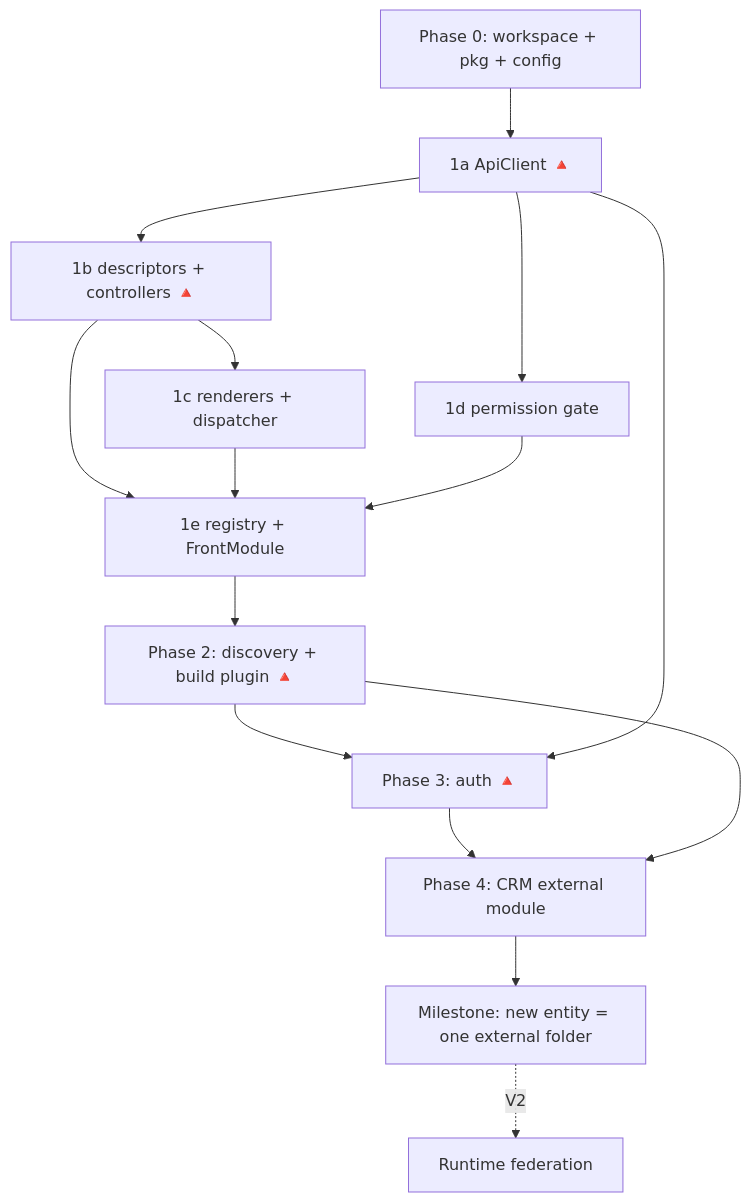
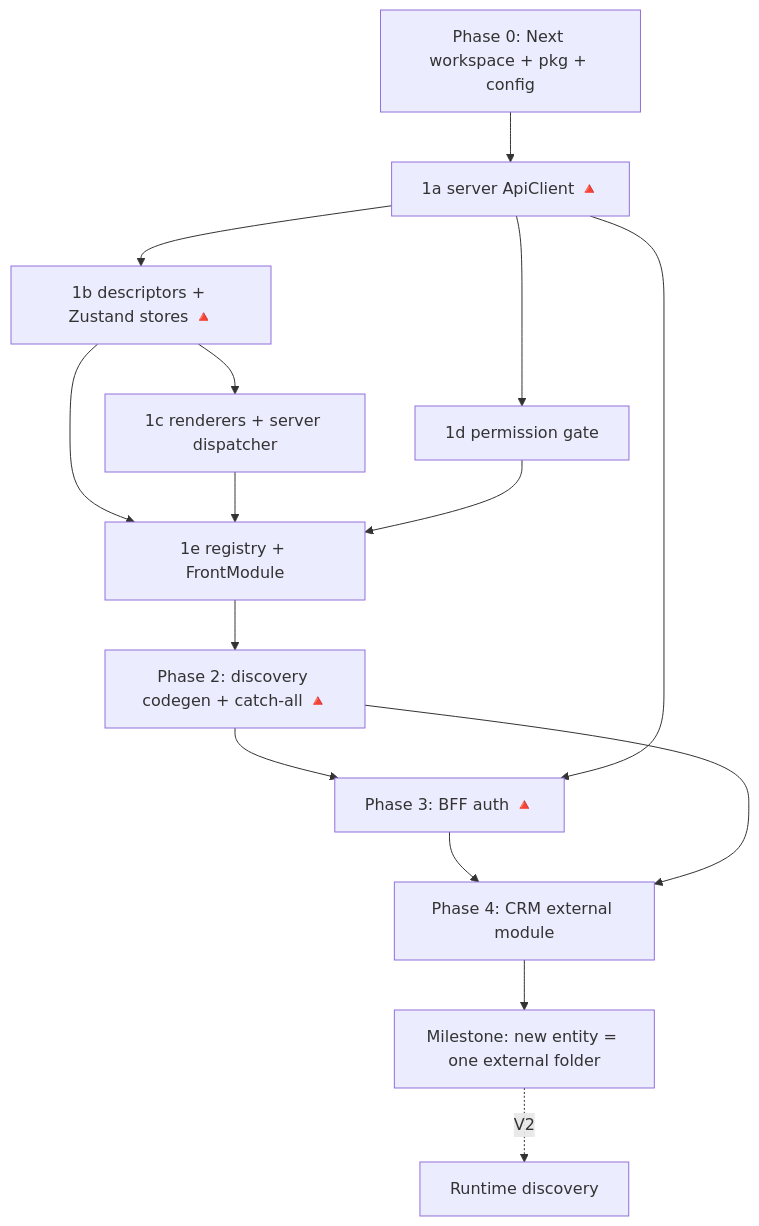
Before and after one commit to noiia/EERP: the second of 2 diagrams in core-front/CLAUDE.md, drawn with Mermaid. The commit also changed other lines of this file and 30 other files, not shown here.

Commit message:
imp(front) : updating libs, fixing docker image, adding next server

````diff
--- a/core-front/CLAUDE.md
+++ b/core-front/CLAUDE.md
@@ -361,17 +384,17 @@
 ```mermaid
 flowchart TD
-    P0[Phase 0: workspace + pkg + config] --> A[1a ApiClient 🔺]
-    A --> B[1b descriptors + controllers 🔺]
-    B --> C[1c renderers + dispatcher]
+    P0[Phase 0: Next workspace + pkg + config] --> A[1a server ApiClient 🔺]
+    A --> B[1b descriptors + Zustand stores 🔺]
+    B --> C[1c renderers + server dispatcher]
     A --> D[1d permission gate]
     B --> E[1e registry + FrontModule]
     C --> E
     D --> E
-    E --> PIPE[Phase 2: discovery + build plugin 🔺]
-    PIPE --> AUTH[Phase 3: auth 🔺]
+    E --> PIPE[Phase 2: discovery codegen + catch-all 🔺]
+    PIPE --> AUTH[Phase 3: BFF auth 🔺]
     A --> AUTH
     AUTH --> CRM[Phase 4: CRM external module]
     PIPE --> CRM
     CRM --> M[Milestone: new entity = one external folder]
-    M -.V2.-> FED[Runtime federation]
+    M -.V2.-> FED[Runtime discovery]
 ```
````
